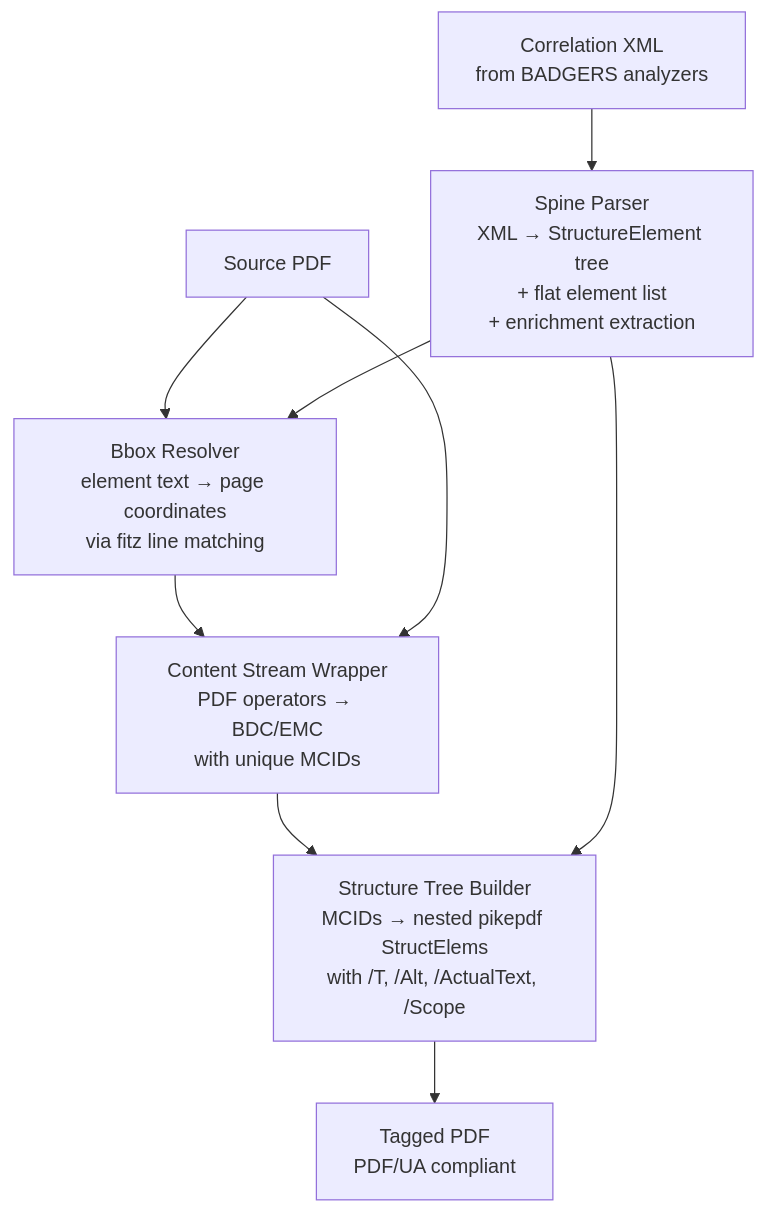
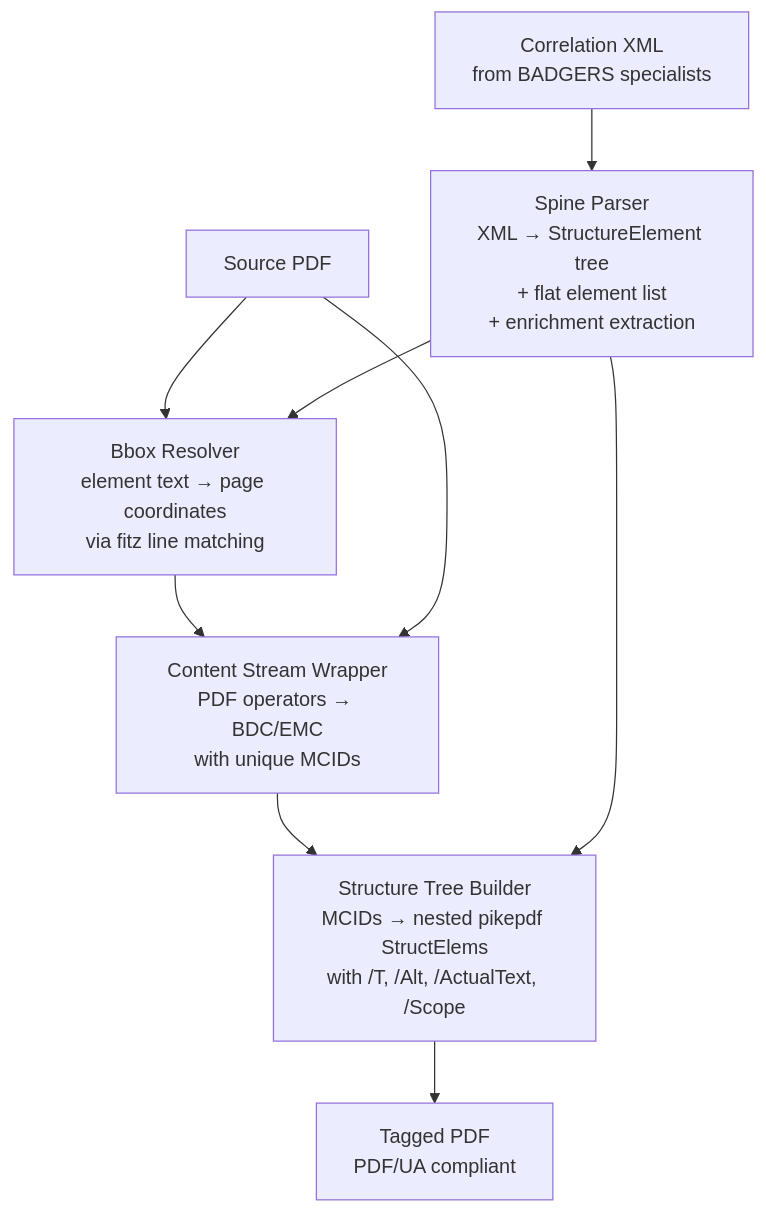
One commit to aws-samples/sample-badgers changed the second of 4 diagrams in deployment/lambdas/containers/remediation_specialist/README.md. Above: the diagram before and after it, drawn with Mermaid. The commit also changed other lines of this file and 52 other files, not shown here.

````diff
--- a/deployment/lambdas/containers/remediation_specialist/README.md
+++ b/deployment/lambdas/containers/remediation_specialist/README.md
@@ -32,11 +32,11 @@
 ```mermaid
 flowchart TD
-    A[Correlation XML<br/>from BADGERS analyzers] --> B[Spine Parser<br/>XML → StructureElement tree<br/>+ flat element list<br/>+ enrichment extraction]
+    A[Correlation XML<br/>from BADGERS specialists] --> B[Spine Parser<br/>XML → StructureElement tree<br/>+ flat element list<br/>+ enrichment extraction]
     C[Source PDF] --> D[Bbox Resolver<br/>element text → page coordinates<br/>via fitz line matching]
     B --> D
     D --> E[Content Stream Wrapper<br/>PDF operators → BDC/EMC<br/>with unique MCIDs]
     C --> E
     E --> F[Structure Tree Builder<br/>MCIDs → nested pikepdf StructElems<br/>with /T, /Alt, /ActualText, /Scope]
     B --> F
     F --> G[Tagged PDF<br/>PDF/UA compliant]
 ```
````
